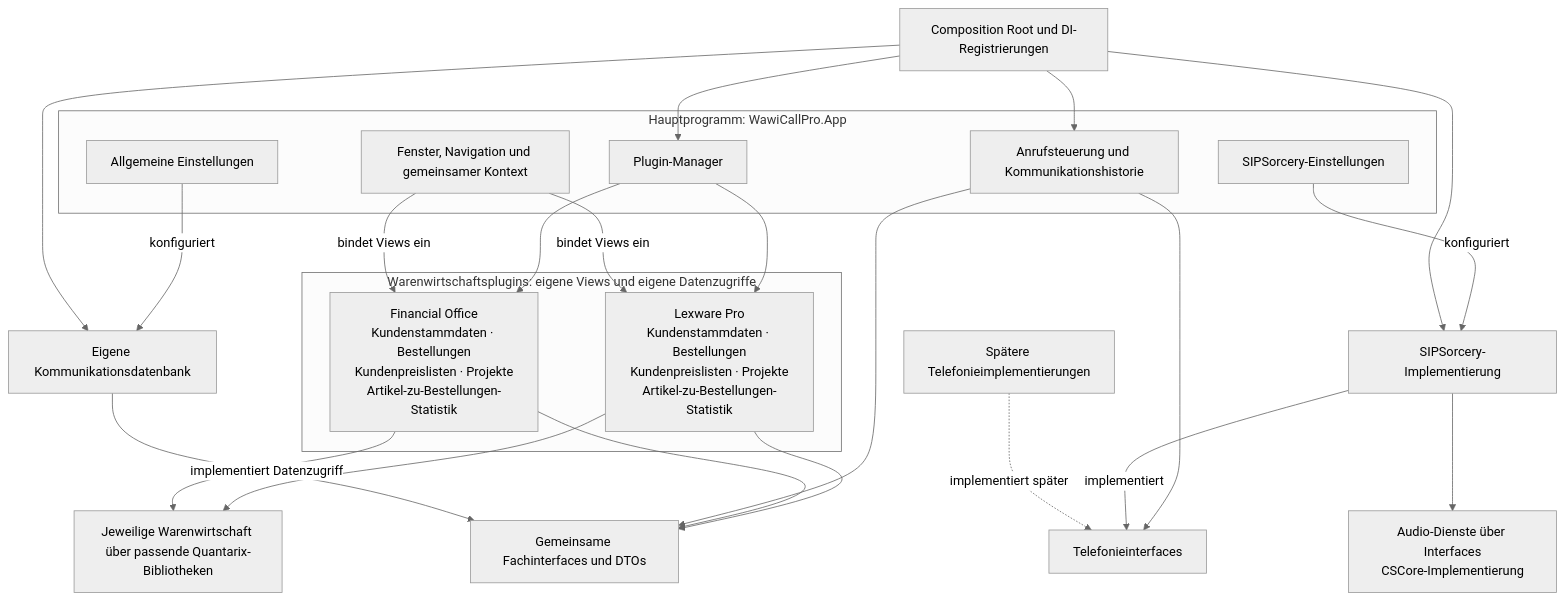
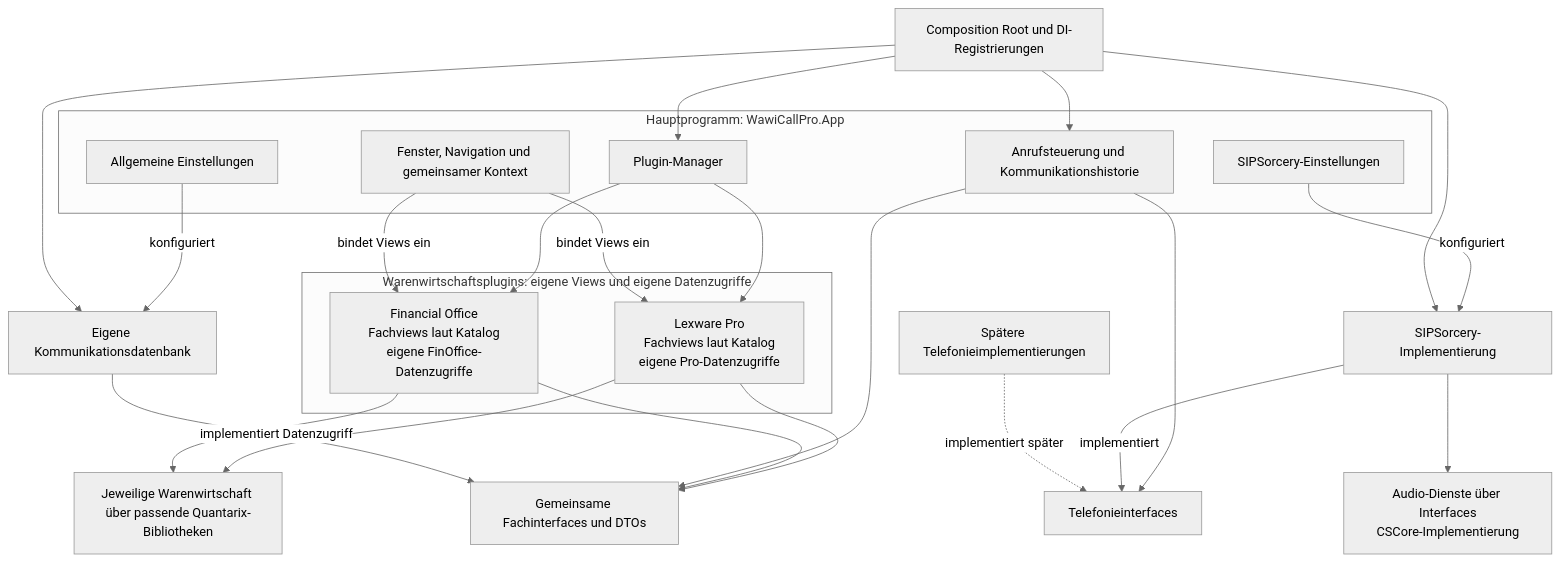
One commit to ElDuderinoBerlin/WawiCall changed the diagram in Docs/Architektur.md. Above: the diagram before and after it, drawn with Mermaid (neutral theme). The commit also changed other lines of this file and 8 other files, not shown here.

````diff
--- a/Docs/Architektur.md
+++ b/Docs/Architektur.md
@@ -29,45 +65,45 @@
 ```mermaid
 flowchart TB
     subgraph App["Hauptprogramm: WawiCallPro.App"]
         Navigation["Fenster, Navigation und gemeinsamer Kontext"]
         Settings["Allgemeine Einstellungen"]
         Manager["Plugin-Manager"]
         SipSettings["SIPSorcery-Einstellungen"]
         Calls["Anrufsteuerung und Kommunikationshistorie"]
     end
 
     subgraph Plugins["Warenwirtschaftsplugins: eigene Views und eigene Datenzugriffe"]
-        Pro["Lexware Pro<br/>Kundenstammdaten · Bestellungen<br/>Kundenpreislisten · Projekte<br/>Artikel-zu-Bestellungen-Statistik"]
-        FinOffice["Financial Office<br/>Kundenstammdaten · Bestellungen<br/>Kundenpreislisten · Projekte<br/>Artikel-zu-Bestellungen-Statistik"]
+        Pro["Lexware Pro<br/>Fachviews laut Katalog<br/>eigene Pro-Datenzugriffe"]
+        FinOffice["Financial Office<br/>Fachviews laut Katalog<br/>eigene FinOffice-Datenzugriffe"]
     end
 
     Contracts["Gemeinsame Fachinterfaces und DTOs"]
     Telephony["Telefonieinterfaces"]
     Sip["SIPSorcery-Implementierung"]
     Future["Spätere Telefonieimplementierungen"]
     Audio["Audio-Dienste über Interfaces<br/>CSCore-Implementierung"]
     Database["Eigene Kommunikationsdatenbank"]
     Erp["Jeweilige Warenwirtschaft über passende Quantarix-Bibliotheken"]
     DI["Composition Root und DI-Registrierungen"]
 
     Manager --> Pro
     Manager --> FinOffice
     Navigation -->|bindet Views ein| Pro
     Navigation -->|bindet Views ein| FinOffice
     Pro --> Contracts
     FinOffice --> Contracts
     Pro --> Erp
     FinOffice --> Erp
     Calls --> Telephony
     Calls --> Contracts
     Database -->|implementiert Datenzugriff| Contracts
     Sip -->|implementiert| Telephony
     Future -.->|implementiert später| Telephony
     Sip --> Audio
     SipSettings -->|konfiguriert| Sip
     Settings -->|konfiguriert| Database
     DI --> Manager
     DI --> Calls
     DI --> Sip
     DI --> Database
 ```
````
